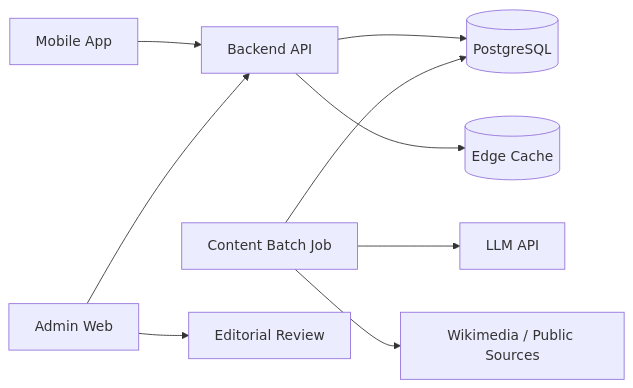
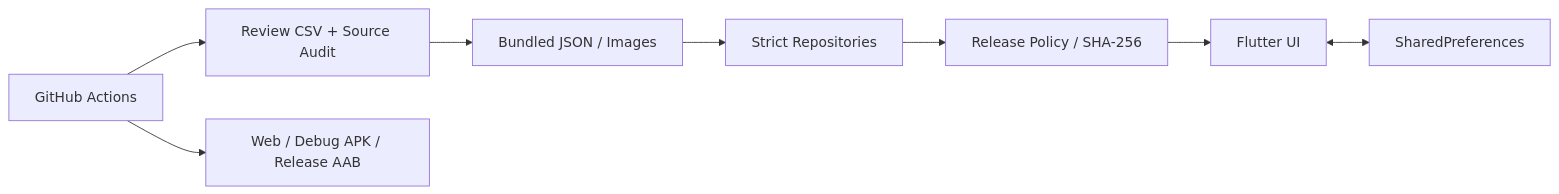
One commit to kaenozu/hee_no_tane changed the diagram in docs/03_システム設計書.md. Above: the diagram before and after it, drawn with Mermaid. The commit also changed other lines of this file and 9 other files, not shown here.

````diff
--- a/docs/03_システム設計書.md
+++ b/docs/03_システム設計書.md
@@ -23,11 +9,10 @@
 ```mermaid
 flowchart LR
-  App[Mobile App] --> API[Backend API]
-  Admin[Admin Web] --> API
-  API --> DB[(PostgreSQL)]
-  API --> Cache[(Edge Cache)]
-  Batch[Content Batch Job] --> DB
-  Batch --> LLM[LLM API]
-  Batch --> Sources[Wikimedia / Public Sources]
-  Admin --> Review[Editorial Review]
+  Assets[Bundled JSON / Images] --> Repositories[Strict Repositories]
+  Repositories --> Policy[Release Policy / SHA-256]
+  Policy --> UI[Flutter UI]
+  UI <--> Save[SharedPreferences]
+  Review[Review CSV + Source Audit] --> Assets
+  CI[GitHub Actions] --> Review
+  CI --> Builds[Web / Debug APK / Release AAB]
 ```
````
